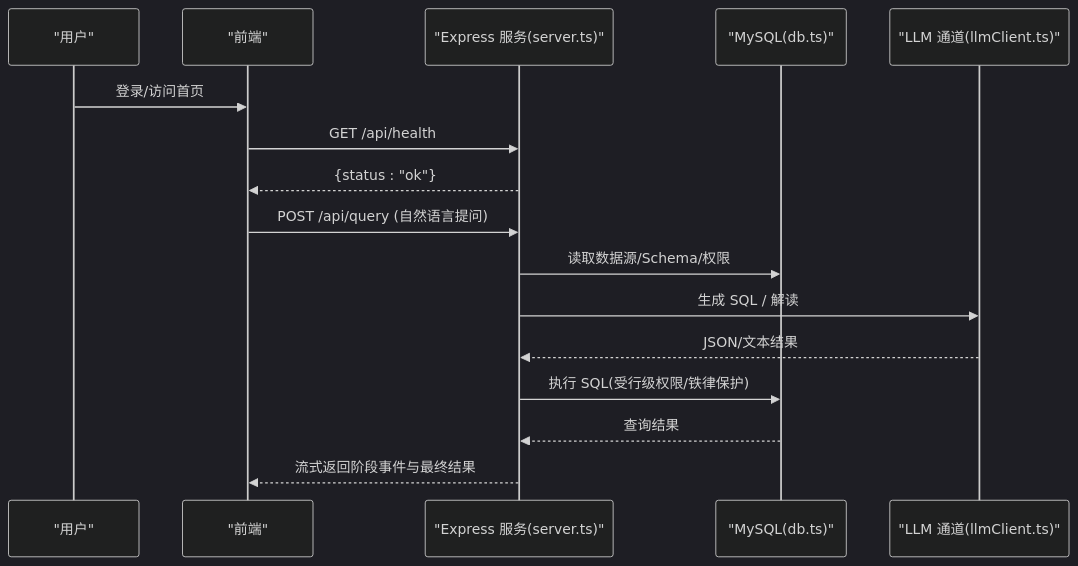
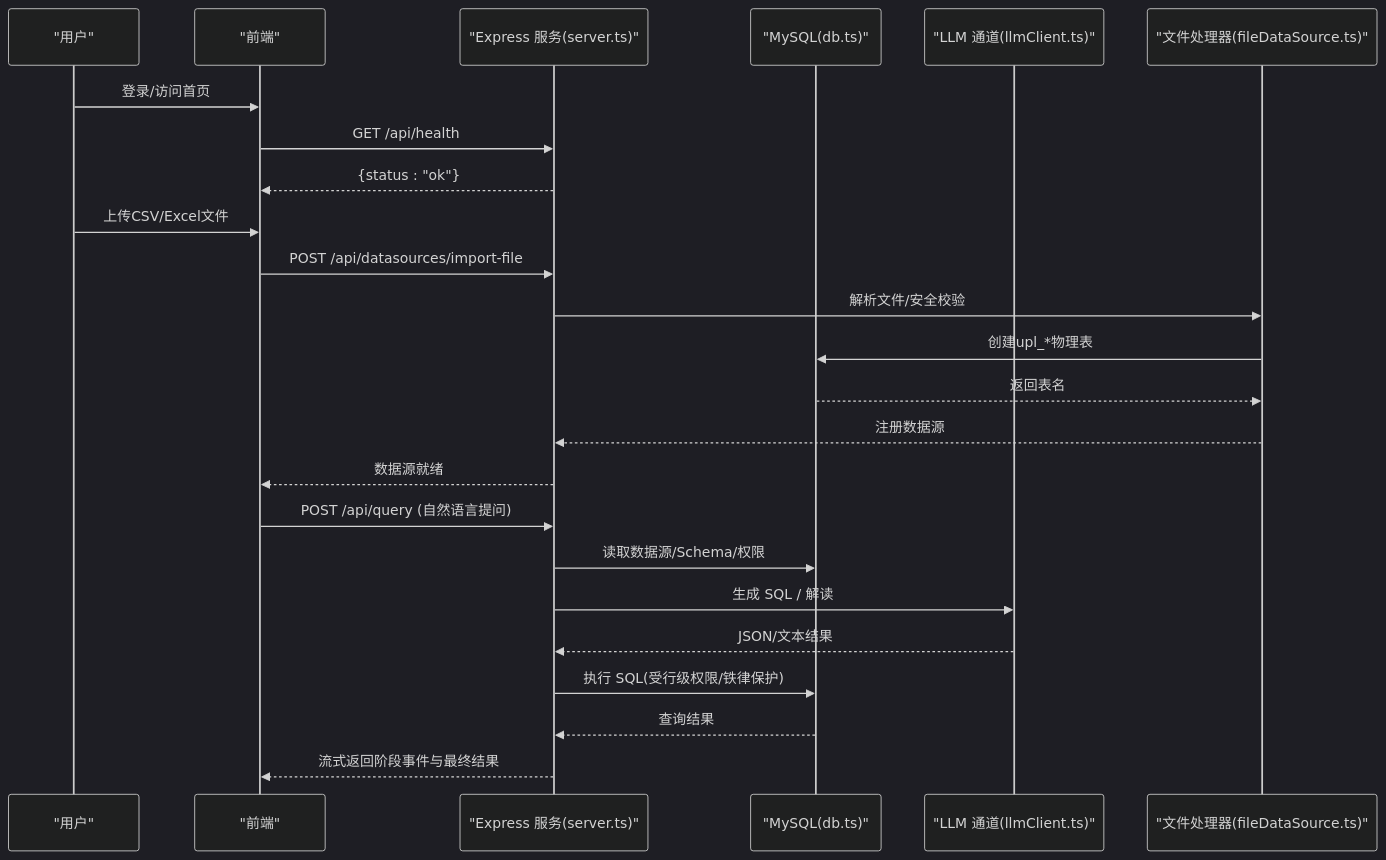
One commit to dgjin/smart-data-analytics changed the second of 3 diagrams in .qoder/repowiki/zh/content/项目概述/快速开始指南.md. Above: the diagram before and after it, drawn with Mermaid (dark theme). The commit also changed other lines of this file and 100 other files, not shown here.

````diff
--- a/.qoder/repowiki/zh/content/项目概述/快速开始指南.md
+++ b/.qoder/repowiki/zh/content/项目概述/快速开始指南.md
@@ -70,18 +94,26 @@
 ```mermaid
 sequenceDiagram
 participant U as "用户"
 participant FE as "前端"
 participant BE as "Express 服务(server.ts)"
 participant DB as "MySQL(db.ts)"
 participant LLM as "LLM 通道(llmClient.ts)"
+participant FS as "文件处理器(fileDataSource.ts)"
 U->>FE : 登录/访问首页
 FE->>BE : GET /api/health
 BE-->>FE : {status : "ok"}
+U->>FE : 上传CSV/Excel文件
+FE->>BE : POST /api/datasources/import-file
+BE->>FS : 解析文件/安全校验
+FS->>DB : 创建upl_*物理表
+DB-->>FS : 返回表名
+FS-->>BE : 注册数据源
+BE-->>FE : 数据源就绪
 FE->>BE : POST /api/query (自然语言提问)
 BE->>DB : 读取数据源/Schema/权限
 BE->>LLM : 生成 SQL / 解读
 LLM-->>BE : JSON/文本结果
 BE->>DB : 执行 SQL(受行级权限/铁律保护)
 DB-->>BE : 查询结果
 BE-->>FE : 流式返回阶段事件与最终结果
 ```
````
